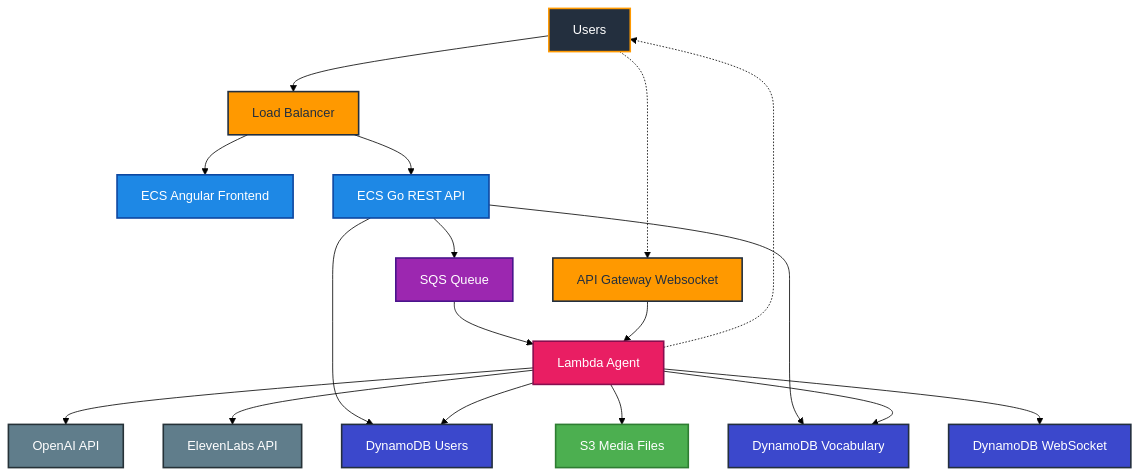
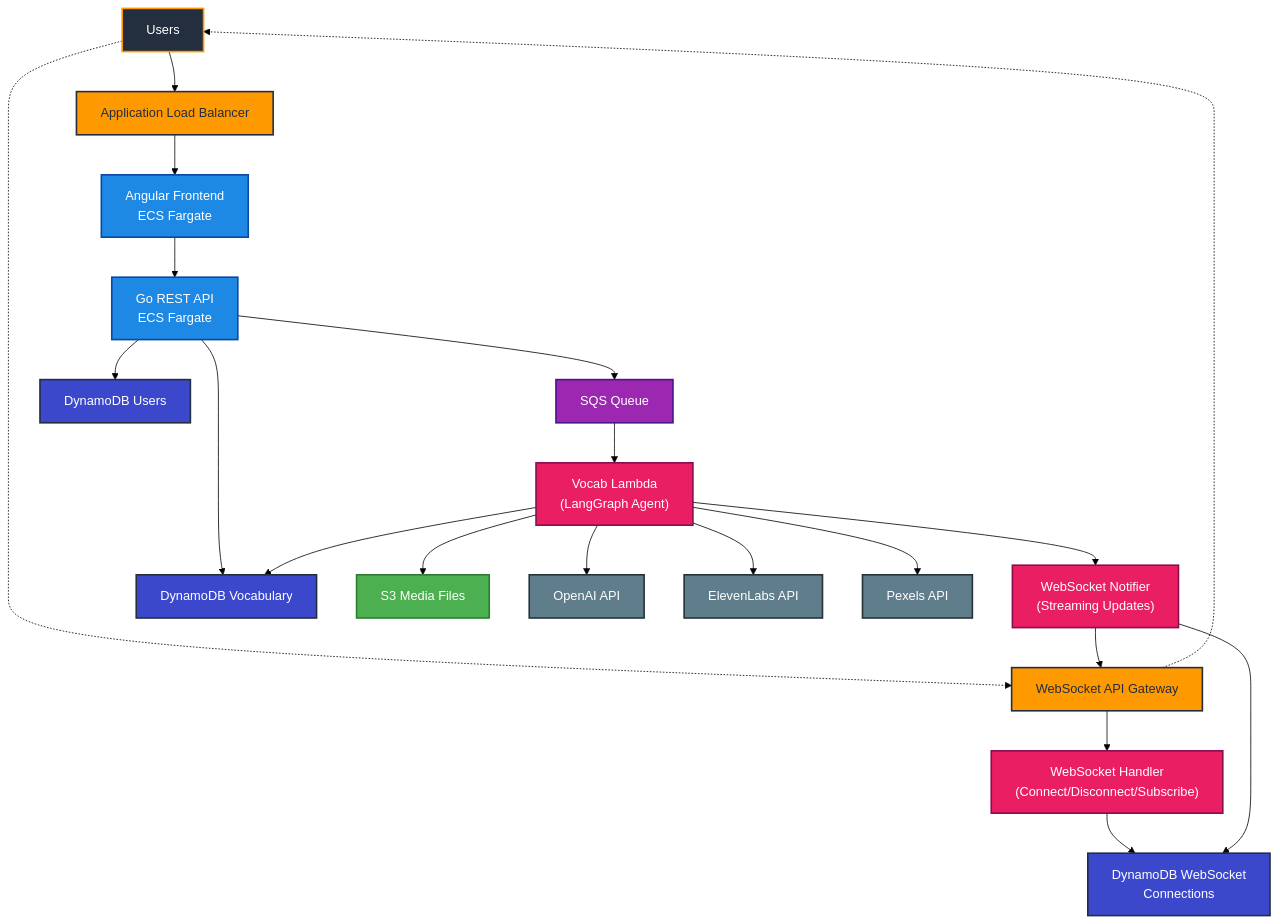
The diagram in architecture.md (AndreasX42/WordWeaveAI), drawn with Mermaid (forest theme) before and after one commit. The commit also changed other lines of this file and 6 other files, not shown here.

````diff
--- a/architecture.md
+++ b/architecture.md
@@ -3,49 +3,73 @@
 ```mermaid
 graph TB
-    A1["Users"]
-    B["Load Balancer"]
-    C["API Gateway Websocket"]
-    A["ECS Angular Frontend"]
-    D["ECS Go REST API"]
-    E["SQS Queue"]
-    F["Lambda Agent"]
-    H["DynamoDB Users"]
-    I["S3 Media Files"]
-    J["DynamoDB WebSocket"]
-    K1["DynamoDB Vocabulary"]
-    K["OpenAI API"]
-    L["ElevenLabs API"]
+    %% User Layer
+    Users["Users"]
 
-    %% Flow connections
-    A1 --> B
-    A1 -.-> C
-    B --> A
-    B --> D
-    D --> E
-    D --> H
-    D --> K1
-    E --> F
-    F --> K
-    F --> L
-    F --> H
-    F --> I
-    F --> K1
-    F --> J
-    C --> F
-    F -.-> A1
+    %% Frontend & Load Balancer
+    ALB["Application Load Balancer"]
+    Frontend["Angular Frontend<br/>ECS Fargate"]
+    RestAPI["Go REST API<br/>ECS Fargate"]
 
-    %% AWS Styling
-    style A1 fill:#232f3e,stroke:#ff9900,stroke-width:2px,color:#ffffff
-    style A fill:#1e88e5,stroke:#0d47a1,stroke-width:2px,color:#ffffff
-    style B fill:#ff9900,stroke:#232f3e,stroke-width:2px,color:#232f3e
-    style C fill:#ff9900,stroke:#232f3e,stroke-width:2px,color:#232f3e
-    style D fill:#1e88e5,stroke:#0d47a1,stroke-width:2px,color:#ffffff
-    style E fill:#9c27b0,stroke:#4a148c,stroke-width:2px,color:#ffffff
-    style F fill:#e91e63,stroke:#880e4f,stroke-width:2px,color:#ffffff
-    style H fill:#3b48cc,stroke:#232f3e,stroke-width:2px,color:#ffffff
-    style I fill:#4caf50,stroke:#2e7d32,stroke-width:2px,color:#ffffff
-    style J fill:#3b48cc,stroke:#232f3e,stroke-width:2px,color:#ffffff
-    style K1 fill:#3b48cc,stroke:#232f3e,stroke-width:2px,color:#ffffff
-    style K fill:#607d8b,stroke:#263238,stroke-width:2px,color:#ffffff
-    style L fill:#607d8b,stroke:#263238,stroke-width:2px,color:#ffffff
+    %% Processing Pipeline
+    SQS["SQS Queue"]
+    VocabLambda["Vocab Lambda<br/>(LangGraph Agent)"]
+
+    %% WebSocket Real-time Flow
+    WSGateway["WebSocket API Gateway"]
+    WSHandler["WebSocket Handler<br/>(Connect/Disconnect/Subscribe)"]
+    WSNotifier["WebSocket Notifier<br/>(Streaming Updates)"]
+
+    %% Data Layer
+    DynamoUsers["DynamoDB Users"]
+    DynamoVocab["DynamoDB Vocabulary"]
+    DynamoWS["DynamoDB WebSocket<br/>Connections"]
+    S3Audio["S3 Media Files"]
+
+    %% External APIs
+    OpenAI["OpenAI API"]
+    ElevenLabs["ElevenLabs API"]
+    Pexels["Pexels API"]
+
+    %% Main Flow
+    Users --> ALB
+    ALB --> Frontend
+    Frontend --> RestAPI
+    RestAPI --> SQS
+    RestAPI --> DynamoUsers
+    RestAPI --> DynamoVocab
+
+    %% Processing Flow
+    SQS --> VocabLambda
+    VocabLambda --> OpenAI
+    VocabLambda --> ElevenLabs
+    VocabLambda --> Pexels
+    VocabLambda --> S3Audio
+    VocabLambda --> DynamoVocab
+    VocabLambda --> WSNotifier
+
+    %% WebSocket Flow
+    Users -.-> WSGateway
+    WSGateway --> WSHandler
+    WSHandler --> DynamoWS
+    WSNotifier --> DynamoWS
+    WSNotifier --> WSGateway
+    WSGateway -.-> Users
+
+    %% Styling
+    style Users fill:#232f3e,stroke:#ff9900,stroke-width:2px,color:#ffffff
+    style ALB fill:#ff9900,stroke:#232f3e,stroke-width:2px,color:#232f3e
+    style Frontend fill:#1e88e5,stroke:#0d47a1,stroke-width:2px,color:#ffffff
+    style RestAPI fill:#1e88e5,stroke:#0d47a1,stroke-width:2px,color:#ffffff
+    style SQS fill:#9c27b0,stroke:#4a148c,stroke-width:2px,color:#ffffff
+    style VocabLambda fill:#e91e63,stroke:#880e4f,stroke-width:2px,color:#ffffff
+    style WSGateway fill:#ff9900,stroke:#232f3e,stroke-width:2px,color:#232f3e
+    style WSHandler fill:#e91e63,stroke:#880e4f,stroke-width:2px,color:#ffffff
+    style WSNotifier fill:#e91e63,stroke:#880e4f,stroke-width:2px,color:#ffffff
+    style DynamoUsers fill:#3b48cc,stroke:#232f3e,stroke-width:2px,color:#ffffff
+    style DynamoVocab fill:#3b48cc,stroke:#232f3e,stroke-width:2px,color:#ffffff
+    style DynamoWS fill:#3b48cc,stroke:#232f3e,stroke-width:2px,color:#ffffff
+    style S3Audio fill:#4caf50,stroke:#2e7d32,stroke-width:2px,color:#ffffff
+    style OpenAI fill:#607d8b,stroke:#263238,stroke-width:2px,color:#ffffff
+    style ElevenLabs fill:#607d8b,stroke:#263238,stroke-width:2px,color:#ffffff
+    style Pexels fill:#607d8b,stroke:#263238,stroke-width:2px,color:#ffffff
 ```
````
